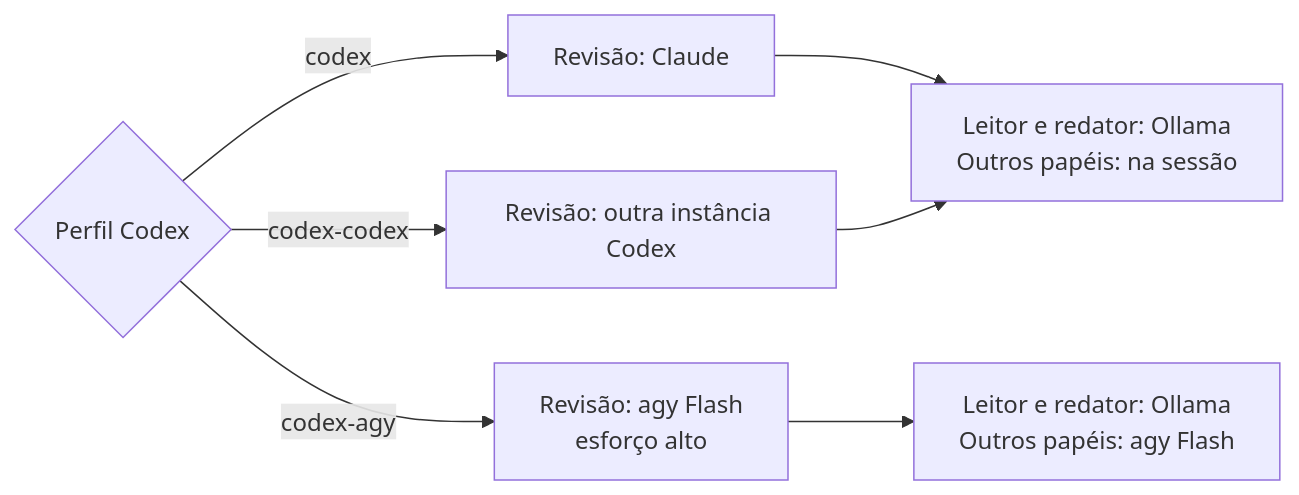
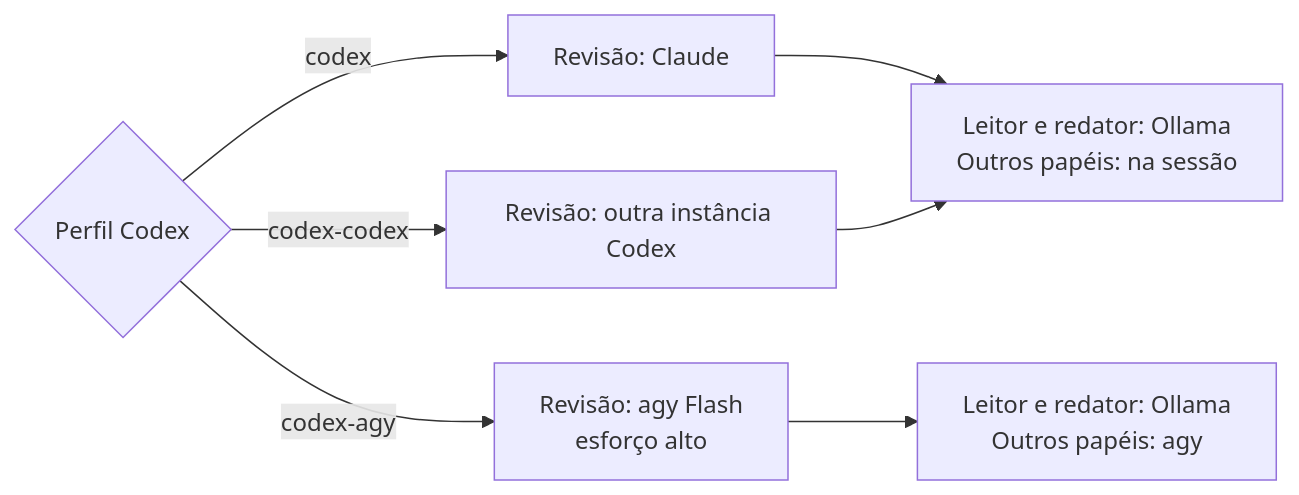
The diagram in README.md (felipintoslv/jangada), drawn with Mermaid before and after one commit. The commit also changed other lines of this file and 6 other files, not shown here.

````diff
--- a/README.md
+++ b/README.md
@@ -272,9 +278,9 @@
 ```mermaid
 flowchart LR
     A{Perfil Codex} -- codex --> C[Revisão: Claude]
     A -- codex-codex --> X[Revisão: outra instância Codex]
     A -- codex-agy --> G[Revisão: agy Flash<br>esforço alto]
     C --> L[Leitor e redator: Ollama<br>Outros papéis: na sessão]
     X --> L
-    G --> D[Leitor e redator: Ollama<br>Outros papéis: agy Flash]
+    G --> D[Leitor e redator: Ollama<br>Outros papéis: agy]
 ```
````
